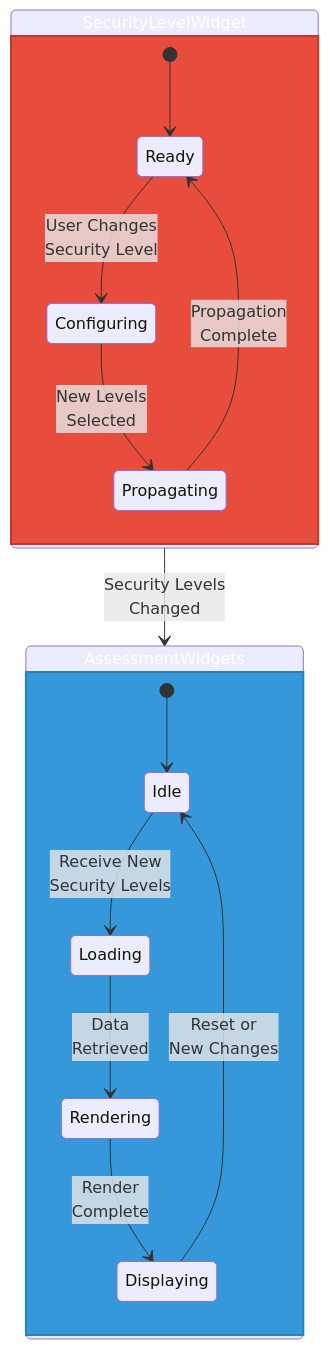
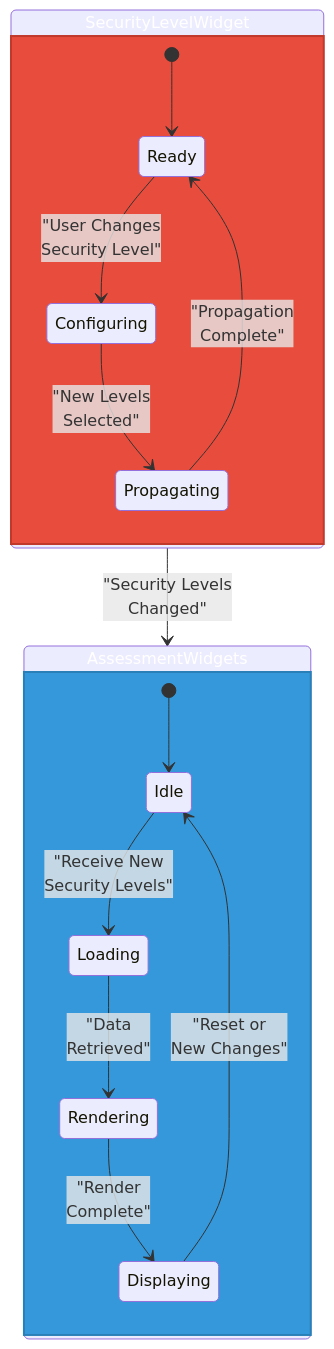
One commit to Hack23/cia-compliance-manager changed the fourth of 7 diagrams in docs/architecture/STATEDIAGRAM.md. Above: the diagram before and after it, drawn with Mermaid. The commit also changed other lines of this file, not shown here.

Commit message:
fix(docs): improve clarity in STATEDIAGRAM.md by adding quotes to state descriptions and refining class definitions

````diff
--- a/docs/architecture/STATEDIAGRAM.md
+++ b/docs/architecture/STATEDIAGRAM.md
@@ -172,25 +172,25 @@
 ```mermaid
 stateDiagram-v2
     state SecurityLevelWidget {
         [*] --> Ready
-        Ready --> Configuring: User Changes<br>Security Level
-        Configuring --> Propagating: New Levels<br>Selected
-        Propagating --> Ready: Propagation<br>Complete
+        Ready --> Configuring: "User Changes<br>Security Level"
+        Configuring --> Propagating: "New Levels<br>Selected"
+        Propagating --> Ready: "Propagation<br>Complete"
     }
     
     state AssessmentWidgets {
         [*] --> Idle
-        Idle --> Loading: Receive New<br>Security Levels
-        Loading --> Rendering: Data<br>Retrieved
-        Rendering --> Displaying: Render<br>Complete
-        Displaying --> Idle: Reset or<br>New Changes
+        Idle --> Loading: "Receive New<br>Security Levels"
+        Loading --> Rendering: "Data<br>Retrieved"
+        Rendering --> Displaying: "Render<br>Complete"
+        Displaying --> Idle: "Reset or<br>New Changes"
     }
     
-    SecurityLevelWidget --> AssessmentWidgets: Security Levels<br>Changed
+    SecurityLevelWidget --> AssessmentWidgets: "Security Levels<br>Changed"
     
     classDef slw fill:#e74c3c,stroke:#c0392b,stroke-width:2px,color:white
     classDef aw fill:#3498db,stroke:#2980b9,stroke-width:2px,color:white
     
     class SecurityLevelWidget slw
     class AssessmentWidgets aw
 ```
````
